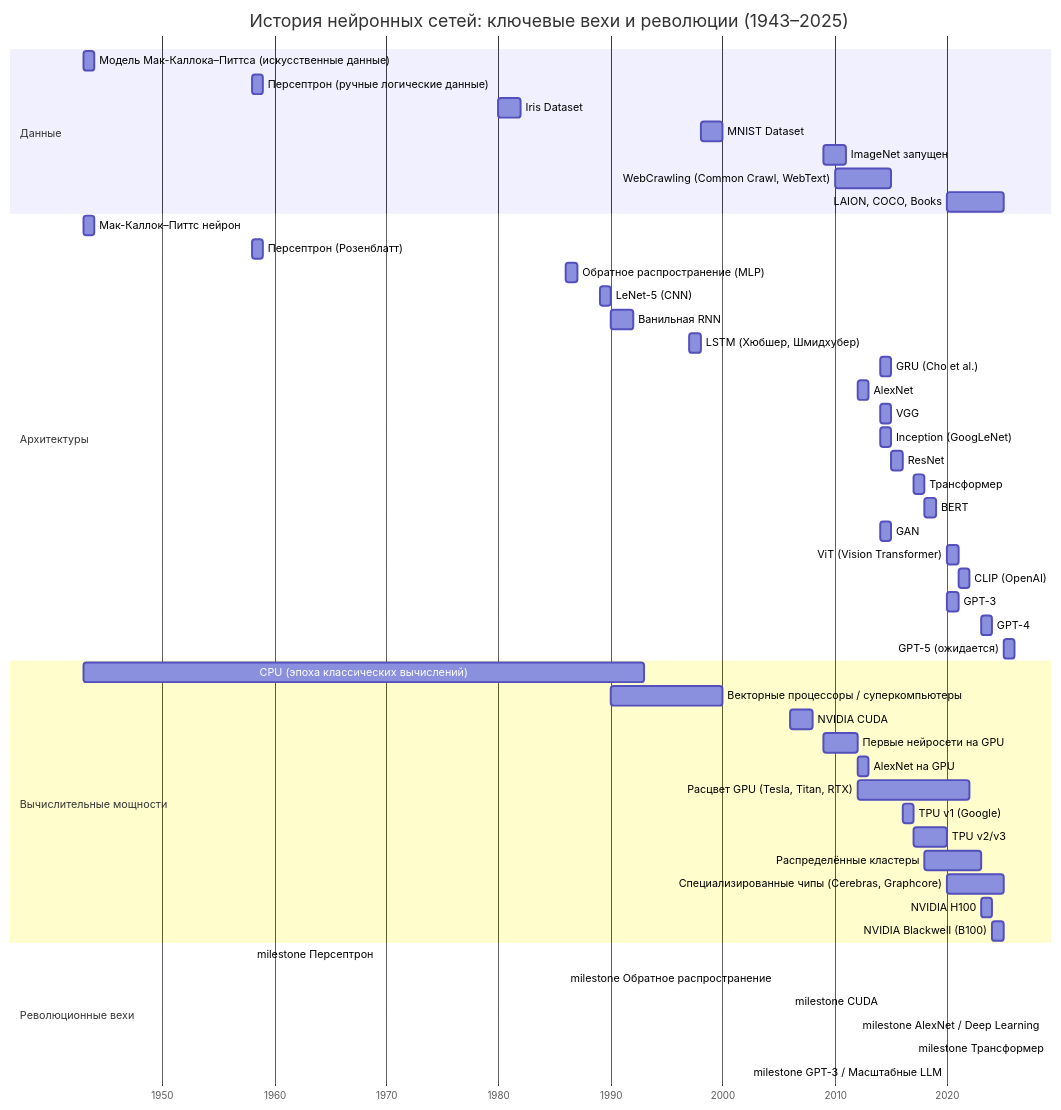
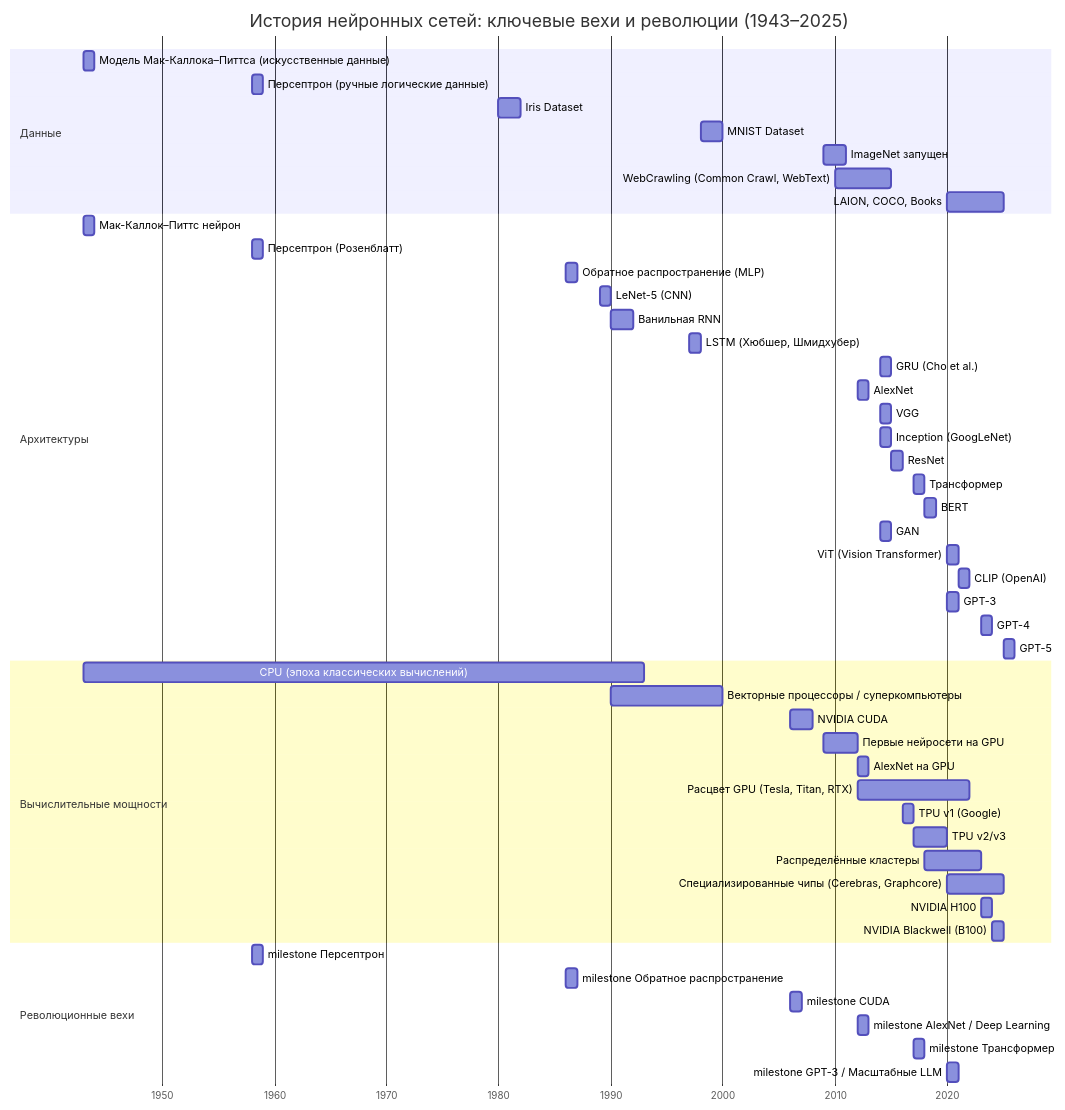
One commit to dayekb/markdown_mermaid_test changed the diagram in mermaid/gant_1.md. Above: the diagram before and after it, drawn with Mermaid.

````diff
--- a/mermaid/gant_1.md
+++ b/mermaid/gant_1.md
@@ -1,59 +1,59 @@
 ```mermaid 
 
 gantt
     title История нейронных сетей: ключевые вехи и революции (1943–2025)
     dateFormat  YYYY
     axisFormat %Y
     section Данные
     Модель Мак-Каллока–Питтса (искусственные данные) : 1943, 1y
     Персептрон (ручные логические данные) : 1958, 1y
     Iris Dataset : 1980, 2y
     MNIST Dataset : 1998, 2y
     ImageNet запущен : 2009, 2y
     WebCrawling (Common Crawl, WebText) : 2010, 5y
     LAION, COCO, Books : 2020, 5y
 
     section Архитектуры
     Мак-Каллок–Питтс нейрон : 1943, 1y
     Персептрон (Розенблатт) : 1958, 1y
     Обратное распространение (MLP) : 1986, 1y
     LeNet-5 (CNN) : 1989, 1y
     Ванильная RNN : 1990, 2y
     LSTM (Хюбшер, Шмидхубер) : 1997, 1y
     GRU (Cho et al.) : 2014, 1y
     AlexNet : 2012, 1y
     VGG : 2014, 1y
     Inception (GoogLeNet) : 2014, 1y
     ResNet : 2015, 1y
     Трансформер : 2017, 1y
     BERT : 2018, 1y
     GAN : 2014, 1y
     ViT (Vision Transformer) : 2020, 1y
     CLIP (OpenAI) : 2021, 1y
     GPT-3 : 2020, 1y
     GPT-4 : 2023, 1y
-    GPT-5 (ожидается) : 2025, 1y
+    GPT-5 : 2025, 1y
 
     section Вычислительные мощности
     CPU (эпоха классических вычислений) : 1943, 50y
     Векторные процессоры / суперкомпьютеры : 1990, 10y
     NVIDIA CUDA : 2006, 2y
     Первые нейросети на GPU : 2009, 3y
     AlexNet на GPU : 2012, 1y
     Расцвет GPU (Tesla, Titan, RTX) : 2012, 10y
     TPU v1 (Google) : 2016, 1y
     TPU v2/v3 : 2017, 3y
     Распределённые кластеры : 2018, 5y
     Специализированные чипы (Cerebras, Graphcore) : 2020, 5y
     NVIDIA H100 : 2023, 1y
     NVIDIA Blackwell (B100) : 2024, 1y
 
     section Революционные вехи
-    milestone Персептрон : done, 1958, 1d
-    milestone Обратное распространение : done, 1986, 1d
-    milestone CUDA : done, 2006, 1d
-    milestone AlexNet / Deep Learning : done, 2012, 1d
-    milestone Трансформер : done, 2017, 1d
-    milestone GPT-3 / Масштабные LLM : done, 2020, 1d
+    milestone Персептрон : 1958, 1y
+    milestone Обратное распространение : 1986, 1y
+    milestone CUDA : 2006, 1y
+    milestone AlexNet / Deep Learning :  2012, 1y
+    milestone Трансформер : 2017, 1y
+    milestone GPT-3 / Масштабные LLM : 2020, 1y
 
 ```
````
